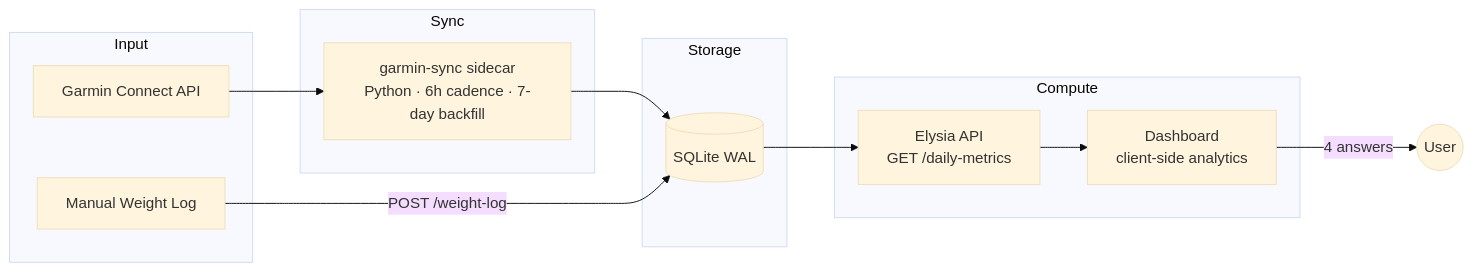
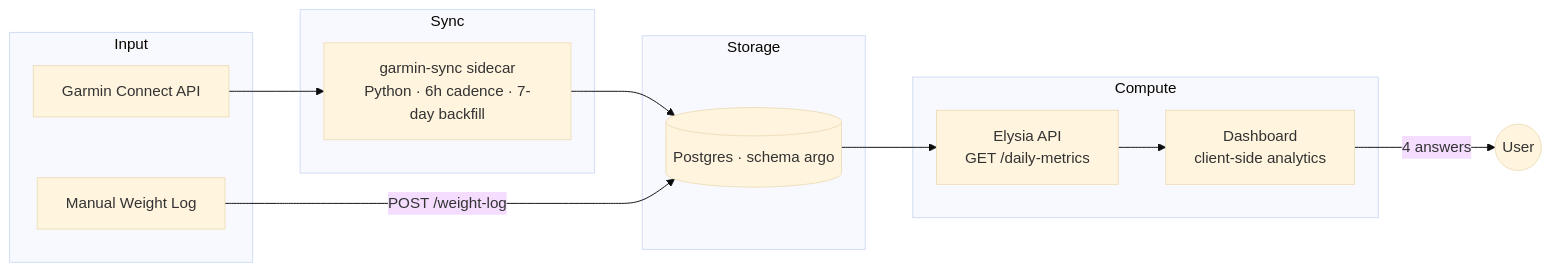
Before and after one commit to jkrumm/argo: the diagram in docs/GARMIN-HEALTH.md, drawn with Mermaid (base theme). The commit also changed other lines of this file and 1 other file, not shown here.

First line of the commit message:
docs(analytics): fix stale SQLite refs, drop the v1/v2 strength changelog

````diff
--- a/docs/GARMIN-HEALTH.md
+++ b/docs/GARMIN-HEALTH.md
@@ -26,21 +24,21 @@
 ```mermaid
 graph LR
   subgraph Input
     GC[Garmin Connect API]
     WL[Manual Weight Log]
   end
   subgraph Sync
     GS[garmin-sync sidecar<br/>Python · 6h cadence · 7-day backfill]
   end
   subgraph Storage
-    DB[(SQLite WAL)]
+    DB[(Postgres · schema argo)]
   end
   subgraph Compute
     API[Elysia API<br/>GET /daily-metrics]
     CLIENT[Dashboard<br/>client-side analytics]
   end
   GC --> GS --> DB
   WL -->|POST /weight-log| DB
   DB --> API --> CLIENT
   CLIENT -->|4 answers| USER((User))
 ```
````
